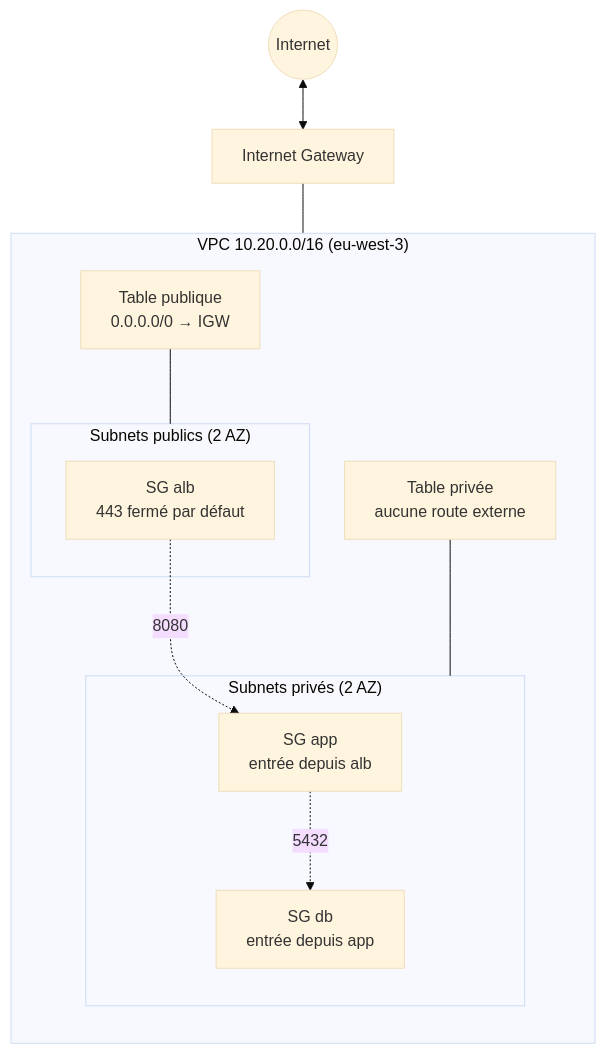
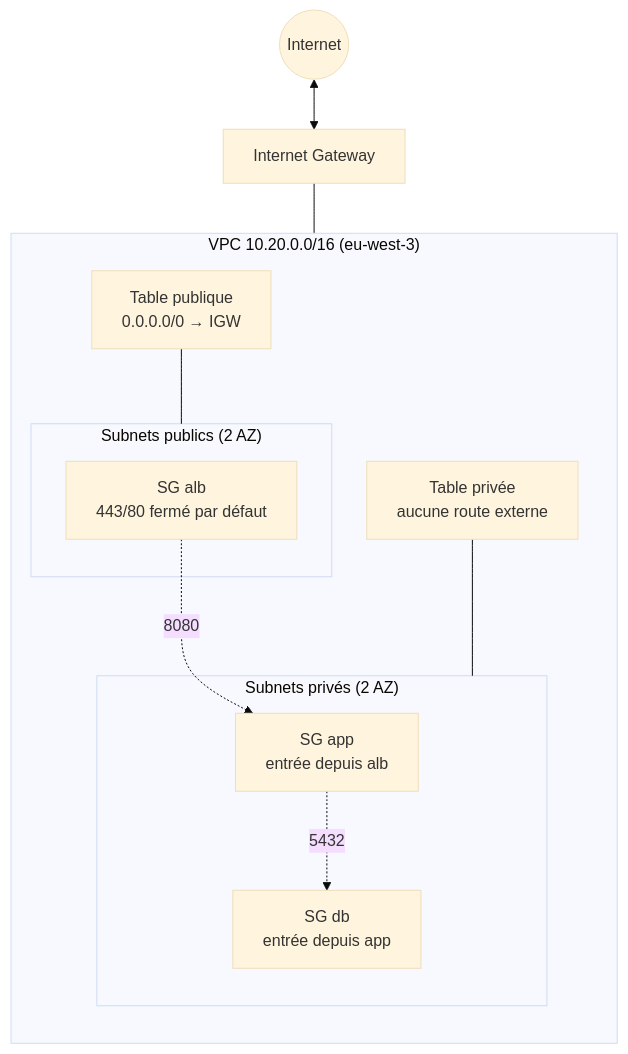
One commit to Aliyoub/terraform-aws-secure-network changed the diagram in README.md. Above: the diagram before and after it, drawn with Mermaid (base theme). The commit also changed other lines of this file and 6 other files, not shown here.

````diff
--- a/README.md
+++ b/README.md
@@ -12,20 +12,20 @@
 ```mermaid
 flowchart TB
     INTERNET(("Internet"))
     IGW["Internet Gateway"]
     subgraph VPC["VPC 10.20.0.0/16 (eu-west-3)"]
         direction TB
         RTPUB["Table publique<br/>0.0.0.0/0 → IGW"]
         RTPRIV["Table privée<br/>aucune route externe"]
         subgraph PUBLIC["Subnets publics (2 AZ)"]
-            SGALB["SG alb<br/>443 fermé par défaut"]
+            SGALB["SG alb<br/>443/80 fermé par défaut"]
         end
         subgraph PRIVATE["Subnets privés (2 AZ)"]
             SGAPP["SG app<br/>entrée depuis alb"]
             SGDB["SG db<br/>entrée depuis app"]
         end
     end
     INTERNET <--> IGW --- RTPUB --- PUBLIC
     RTPRIV --- PRIVATE
     SGALB -. "8080" .-> SGAPP -. "5432" .-> SGDB
 ```
````
